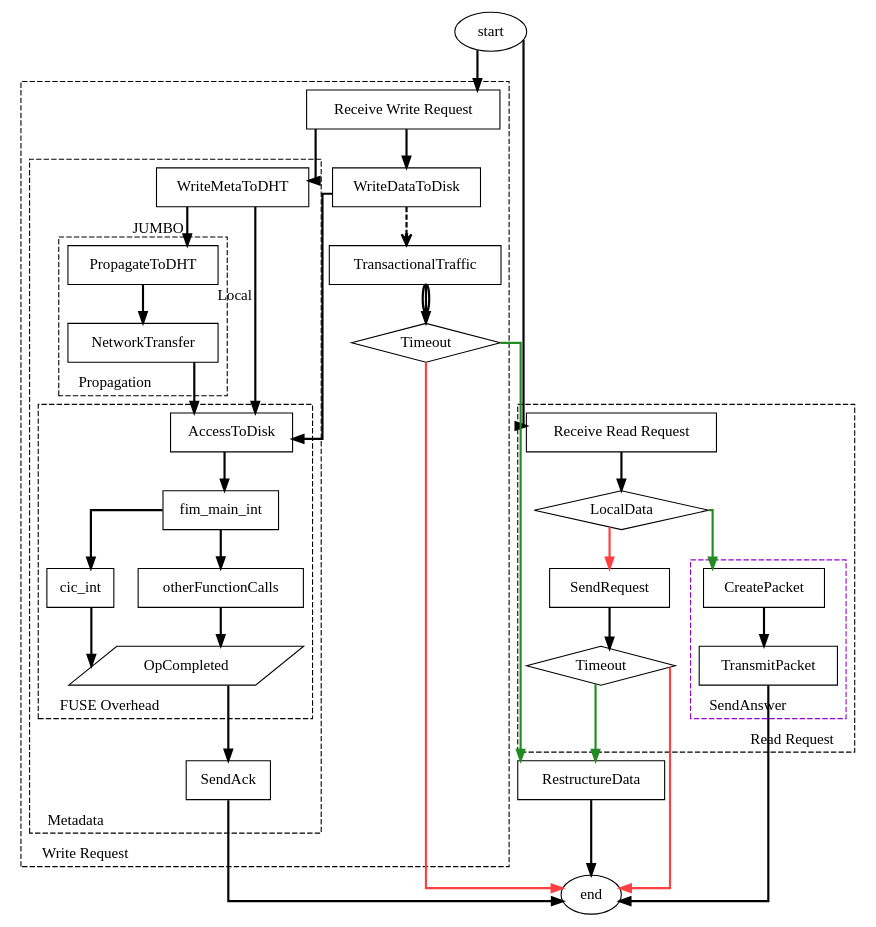
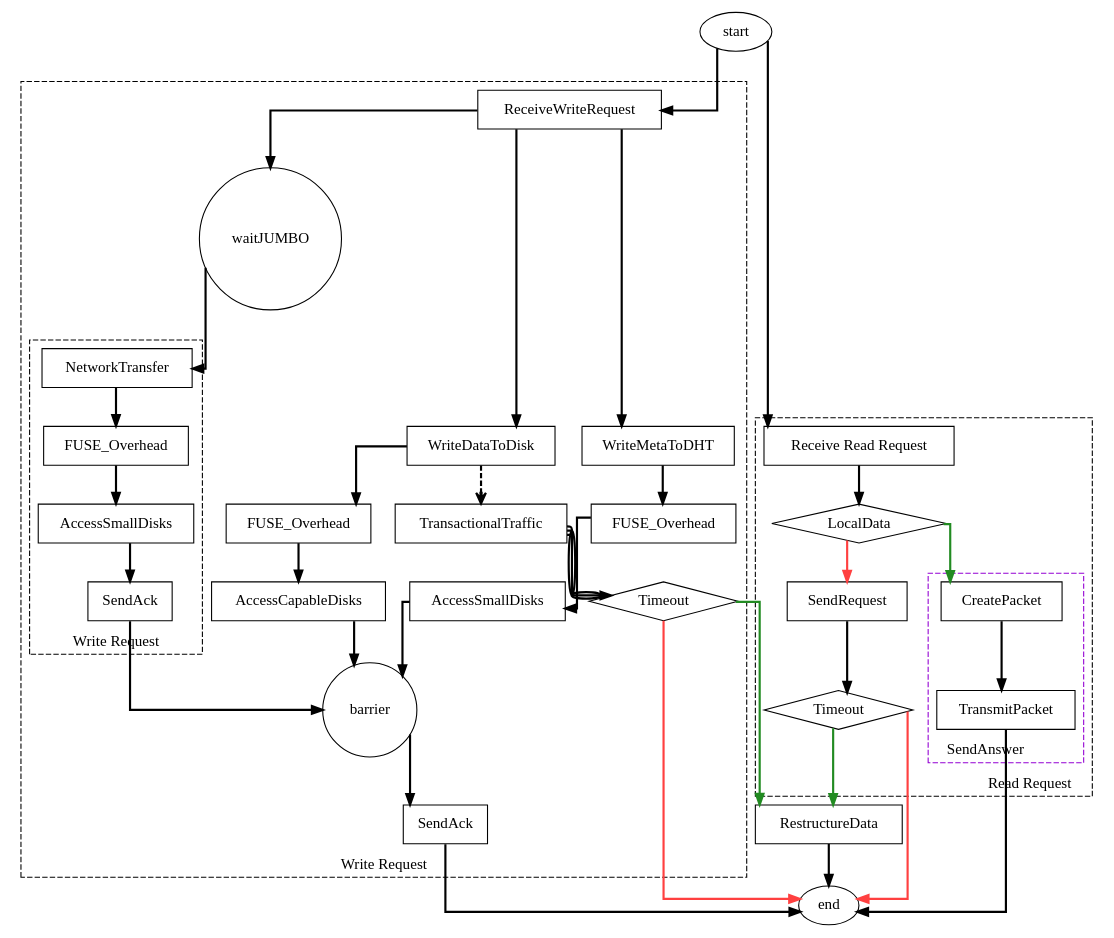
One commit to DanX3/ddn_dht changed the diagram in graphs/server.gv. Above: the diagram before and after it, drawn with Graphviz. The commit also changed 3 other files, not shown here.

Commit message:
updated server graph to consider FUSE overhead

```diff
--- a/graphs/server.gv
+++ b/graphs/server.gv
@@ -1,68 +1,62 @@
 digraph {
     style = dashed
     splines=ortho
     nodesep=0.3
     node [shape=box]
     start [shape=oval]
     edge [penwidth=2]
     end [shape=oval]
 
     start -> "Receive Read Request"
     subgraph cluster_0 {
         label = "Read Request" labelloc="b" labeljust="r"
         timeout_1[shape=diamond label="Timeout"]
         LocalData [shape=diamond]
 
         "Receive Read Request" -> LocalData
         LocalData -> CreatePacket [color=forestgreen]
 
         subgraph cluster {
             label = "SendAnswer" labelloc="b" labeljust="l"
             color = darkviolet
 
             CreatePacket -> TransmitPacket
         }
 
         LocalData -> SendRequest [color=brown1]
         SendRequest -> timeout_1
     }
     TransmitPacket -> end
     timeout_1 -> RestructureData [color=forestgreen]
     timeout_1 -> end [color=brown1]
 
-    start -> "Receive Write Request"
+    start -> ReceiveWriteRequest
     subgraph cluster {
-        label = "Write Request" labelloc="b" labeljust="l"
+        label = "Write Request" labelloc="b"
         timeout_2[label="Timeout" shape=diamond]
-        subgraph cluster_1 {
-            label = "Metadata"
-            WriteMetaToDHT -> PropagateToDHT [xlabel="JUMBO"]
-            subgraph cluster_propagate {
-                label="Propagation"
-                PropagateToDHT -> NetworkTransfer
-            }
-            NetworkTransfer -> AccessToDisk
-            WriteMetaToDHT -> AccessToDisk [xlabel="Local"]
-            subgraph cluster_metadata {
-                label="FUSE Overhead"
-                OpCompleted_2[label="OpCompleted" shape="parallelogram"]
-                AccessToDisk -> fim_main_int -> cic_int -> OpCompleted_2
-                fim_main_int -> otherFunctionCalls -> OpCompleted_2
-            }
-            OpCompleted_2 -> SendAck
-
-        }
+        barrier[shape=circle label="barrier"]
+        waitJUMBO [shape=circle]
+        accessSmallDisks[label="AccessSmallDisks"]
+        FUSE_Overhead_2 [label=FUSE_Overhead]
         WriteDataToDisk -> TransactionalTraffic [arrowhead=open style=dashed]
 
-        "Receive Write Request" ->  WriteDataToDisk
-        "Receive Write Request" -> WriteMetaToDHT 
+        ReceiveWriteRequest ->  WriteDataToDisk -> FUSE_Overhead -> AccessCapableDisks -> barrier
+        ReceiveWriteRequest -> WriteMetaToDHT -> FUSE_Overhead_2 -> accessSmallDisks ->barrier
+        ReceiveWriteRequest -> waitJUMBO -> NetworkTransfer
+        subgraph cluster_propagation {
+            FUSE [label="FUSE_Overhead"]
+            send_ack[label="SendAck"]
+            NetworkTransfer -> FUSE -> 
+            AccessSmallDisks -> send_ack
+        }
+        send_ack -> barrier
+        barrier -> SendAck
         TransactionalTraffic -> timeout_2 [color="black:invis:black:invis:black"
             edgetooltip="Calls to multiple nodes"]
     }
     timeout_2 -> end [color=brown1]
     timeout_2 -> RestructureData [color=forestgreen]
     RestructureData -> end
     SendAck -> end
-    WriteDataToDisk ->  AccessToDisk
 
 }
```
